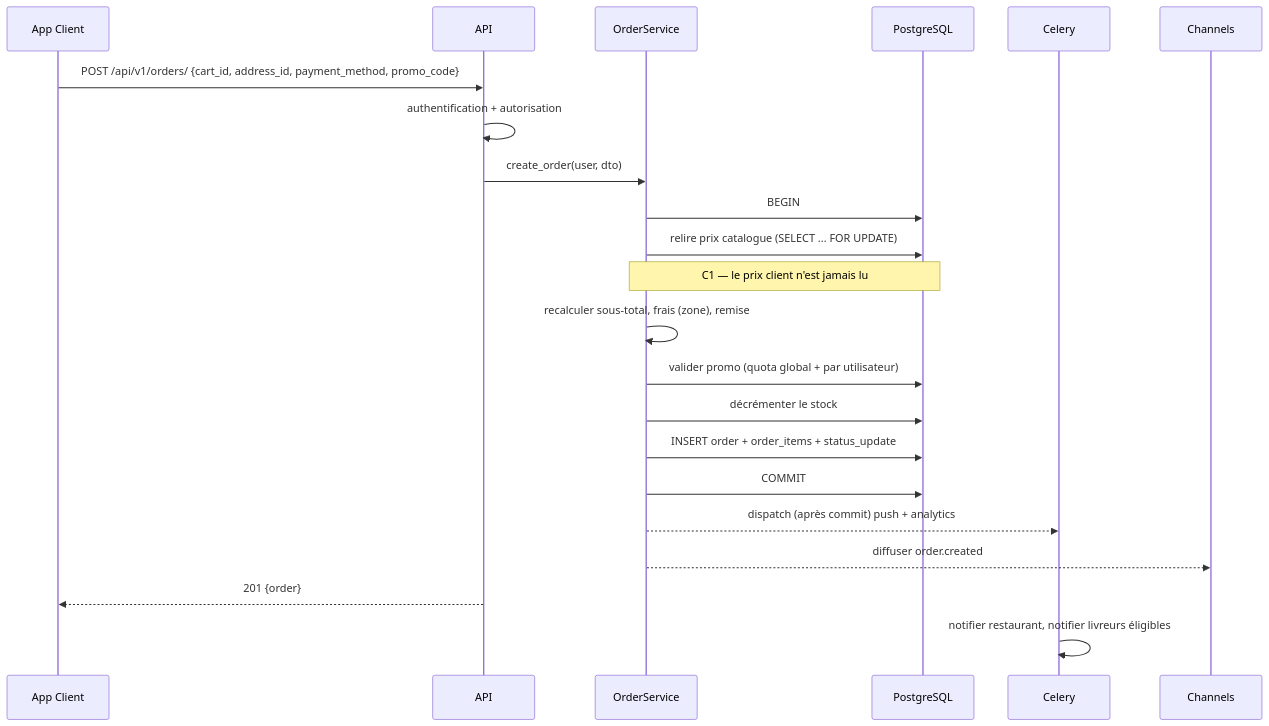
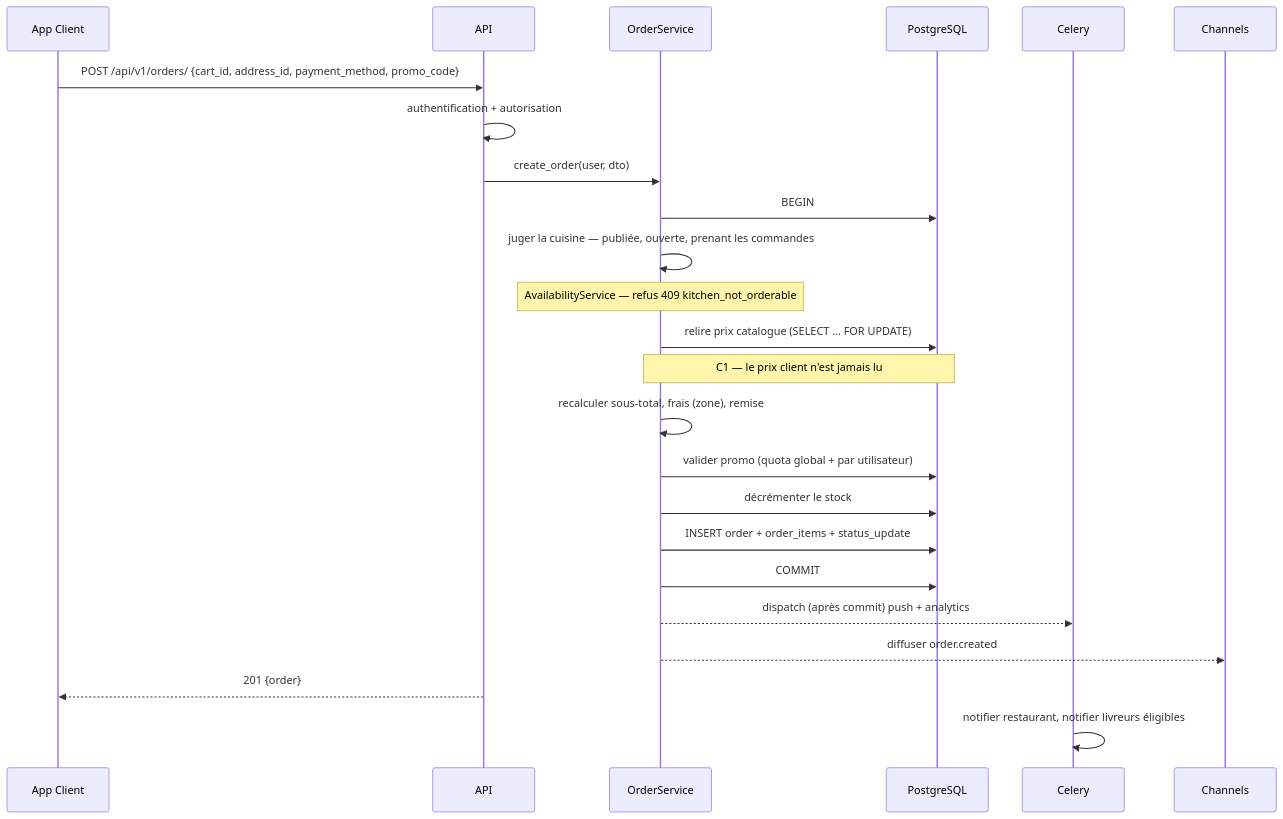
The second of 5 diagrams in projet/el-corazon/docs/architecture/02-architecture-generale.md (Hugobossdev/elcorazon), drawn with Mermaid before and after one commit. The commit also changed other lines of this file and 230 other files, not shown here.

````diff
--- a/projet/el-corazon/docs/architecture/02-architecture-generale.md
+++ b/projet/el-corazon/docs/architecture/02-architecture-generale.md
@@ -231,25 +233,27 @@
 ```mermaid
 sequenceDiagram
     participant C as App Client
     participant A as API
     participant S as OrderService
     participant DB as PostgreSQL
     participant Q as Celery
     participant W as Channels
 
     C->>A: POST /api/v1/orders/ {cart_id, address_id, payment_method, promo_code}
     A->>A: authentification + autorisation
     A->>S: create_order(user, dto)
     S->>DB: BEGIN
+    S->>S: juger la cuisine — publiée, ouverte, prenant les commandes
+    Note over S: AvailabilityService — refus 409 kitchen_not_orderable
     S->>DB: relire prix catalogue (SELECT ... FOR UPDATE)
     Note over S,DB: C1 — le prix client n'est jamais lu
     S->>S: recalculer sous-total, frais (zone), remise
     S->>DB: valider promo (quota global + par utilisateur)
     S->>DB: décrémenter le stock
     S->>DB: INSERT order + order_items + status_update
     S->>DB: COMMIT
     S-->>Q: dispatch (après commit) push + analytics
     S-->>W: diffuser order.created
     A-->>C: 201 {order}
     Q->>Q: notifier restaurant, notifier livreurs éligibles
 ```
````
